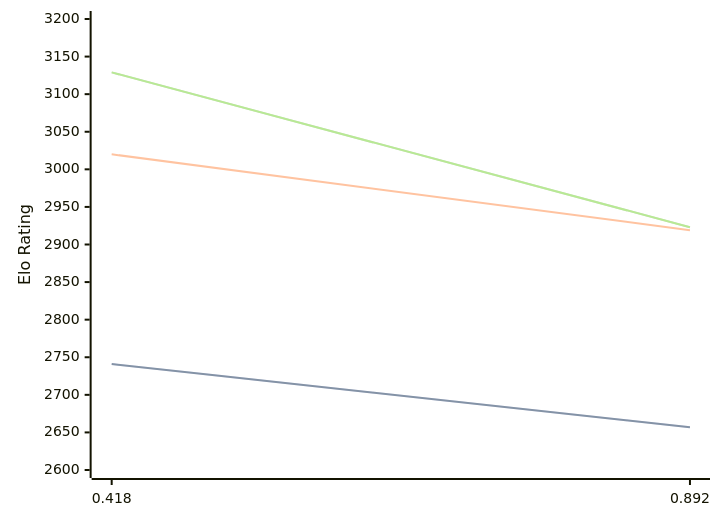
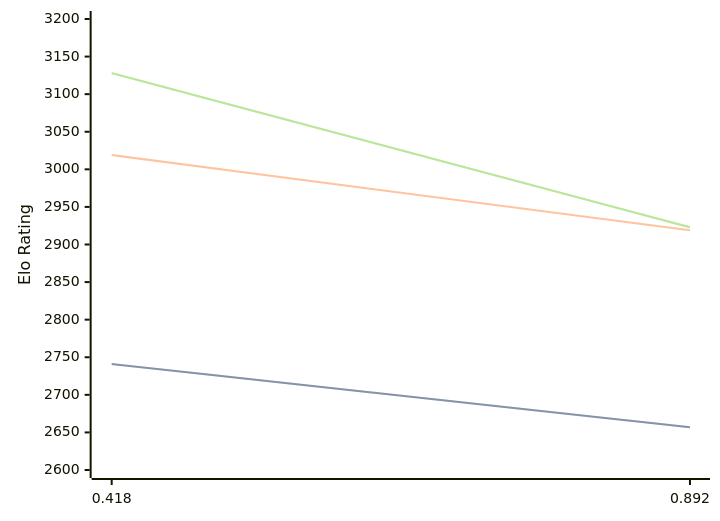
Before and after one commit to computer-chess-index/cci: the diagram in engines/Malika.md, drawn with Mermaid. The commit also changed other lines of this file, not shown here.

Commit message:
Update CCI Ratings (ELO VLTC) - 2026-03-19

````diff
--- a/engines/Malika.md
+++ b/engines/Malika.md
@@ -30,11 +32,11 @@
 ```mermaid
 %%{init: {"theme":"base","themeVariables":{"seriesColors:['#a3a3a3','#222221','#faa371']}}}%%
 xychart-beta
   x-axis ["0.418", "0.892"]
   y-axis "Elo Rating" 2600 --> 3200
   line "STC (8.0+0.08s)" [2741, 2657]
   line "STC (8.0+0.08s)" [2741, 2657]
-  line "LTC (60.0+0.60s)" [3020, 2919]
-  line "VLTC (2m24s+1.12s)" [3129, 2923]
-  line "VLTC (2m24s+1.12s)" [3129, 2923]
+  line "LTC (60.0+0.60s)" [3019, 2919]
+  line "VLTC (2m24s+1.12s)" [3128, 2923]
+  line "VLTC (2m24s+1.12s)" [3128, 2923]
 ```
````
